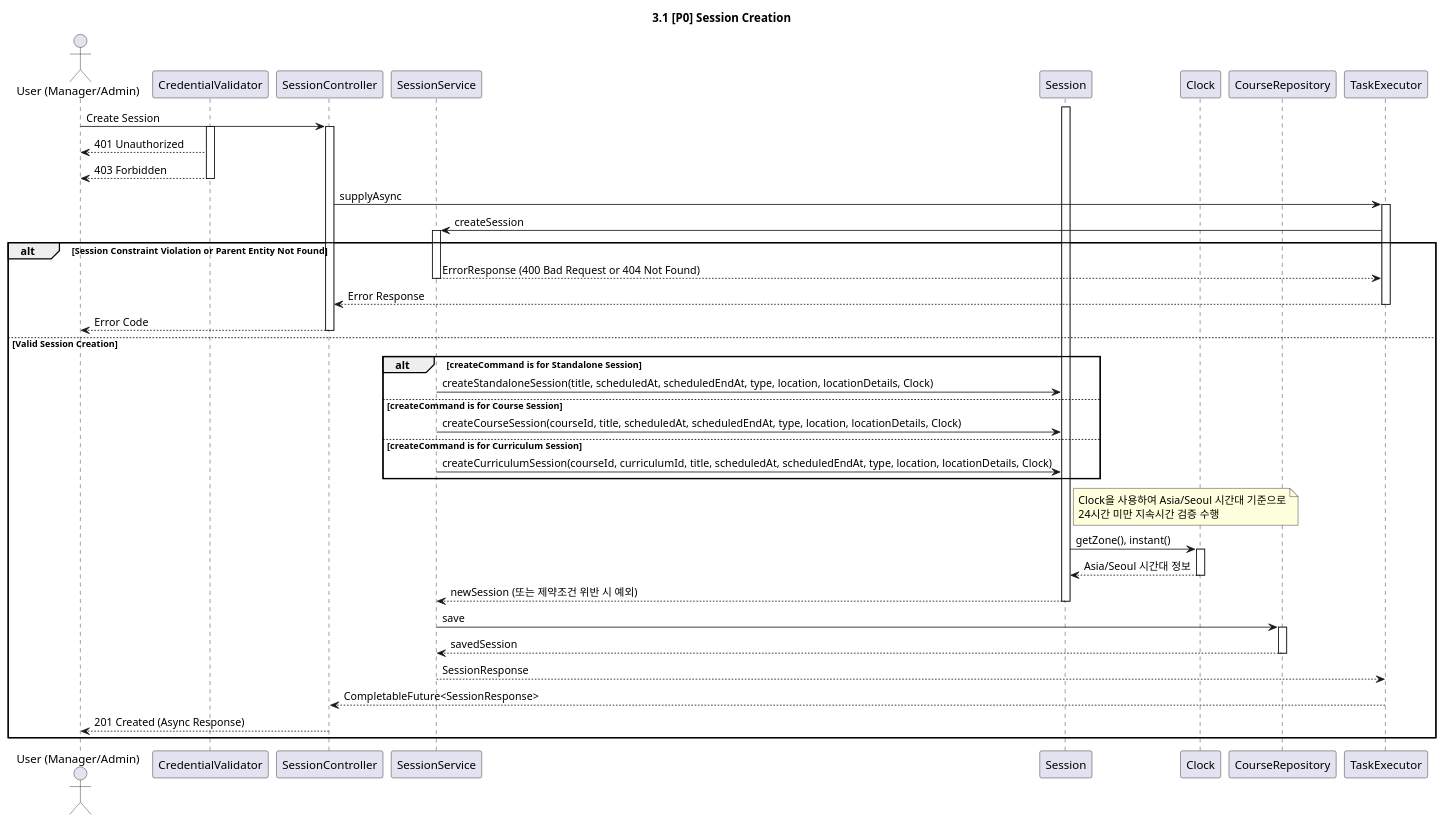
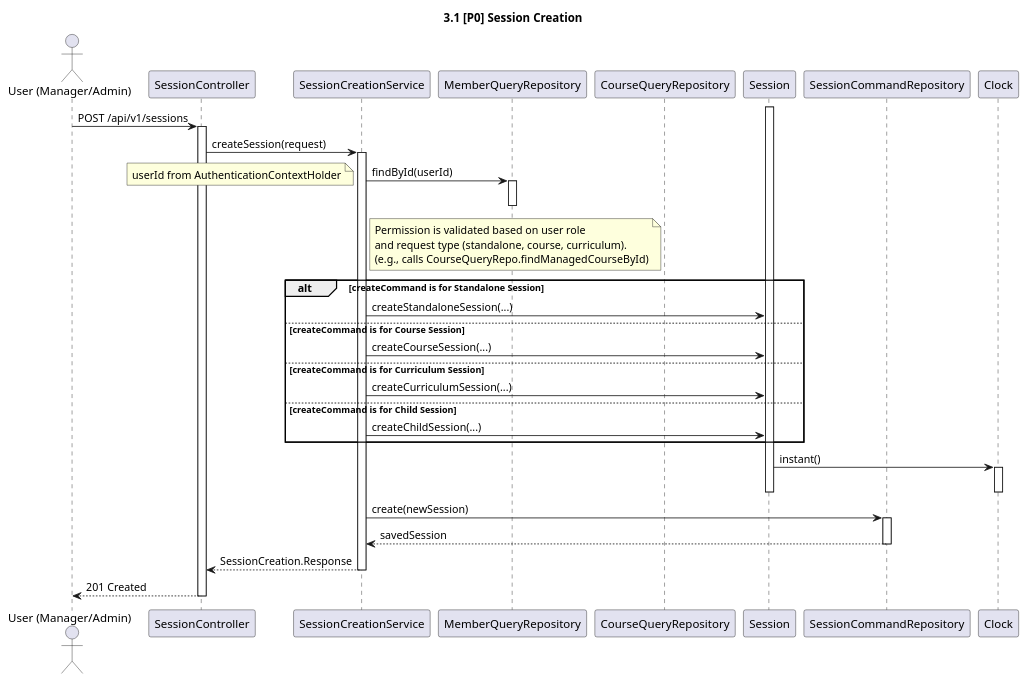
The diagram in docs/sequences/3.1_session_creation.puml (f-lab-edu/learning-manager), drawn with PlantUML before and after one commit. The commit also changed 49 other files, not shown here.

Commit message:
상태 변경 요청에 대한 CompletableFuture 제거 (#101)

```diff
--- a/docs/sequences/3.1_session_creation.puml
+++ b/docs/sequences/3.1_session_creation.puml
@@ -1,73 +1,59 @@
 @startuml
 
 title 3.1 [P0] Session Creation
 
 actor "User (Manager/Admin)" as User
-participant "CredentialValidator" as Validator
 participant "SessionController" as Controller
-participant "SessionService" as AppService
+participant "SessionCreationService" as AppService
+participant "MemberQueryRepository" as MemberQueryRepo
+participant "CourseQueryRepository" as CourseQueryRepo
 participant "Session" as SessionDomain
+participant "SessionCommandRepository" as CommandRepo
 participant "Clock" as Clock
-participant "CourseRepository" as Repository
-participant "TaskExecutor" as TaskExecutor
 
-User -> Controller: Create Session
-activate Validator
+User -> Controller: POST /api/v1/sessions
 activate Controller
-Validator --> User: 401 Unauthorized
-Validator --> User: 403 Forbidden
-deactivate Validator
 
-Controller -> TaskExecutor: supplyAsync
-activate TaskExecutor
+Controller -> AppService: createSession(request)
+activate AppService
 
-TaskExecutor -> AppService: createSession
-activate AppService
-alt Session Constraint Violation or Parent Entity Not Found
-    AppService --> TaskExecutor: ErrorResponse (400 Bad Request or 404 Not Found)
-    deactivate AppService
-    TaskExecutor --> Controller: Error Response
-    deactivate TaskExecutor
-    Controller --> User: Error Code
-    deactivate Controller
-else Valid Session Creation
+AppService -> MemberQueryRepo: findById(userId)
+note left: userId from AuthenticationContextHolder
+activate MemberQueryRepo
+deactivate MemberQueryRepo
+
+note right of AppService
+  Permission is validated based on user role
+  and request type (standalone, course, curriculum).
+  (e.g., calls CourseQueryRepo.findManagedCourseById)
+end note
 
 alt createCommand is for Standalone Session
-    AppService -> SessionDomain: createStandaloneSession(title, scheduledAt, scheduledEndAt, type, location, locationDetails, Clock)
+    AppService -> SessionDomain: createStandaloneSession(...)
 else createCommand is for Course Session
-    AppService -> SessionDomain: createCourseSession(courseId, title, scheduledAt, scheduledEndAt, type, location, locationDetails, Clock)
+    AppService -> SessionDomain: createCourseSession(...)
 else createCommand is for Curriculum Session
-    AppService -> SessionDomain: createCurriculumSession(courseId, curriculumId, title, scheduledAt, scheduledEndAt, type, location, locationDetails, Clock)
+    AppService -> SessionDomain: createCurriculumSession(...)
+else createCommand is for Child Session
+    AppService -> SessionDomain: createChildSession(...)
 end
 activate SessionDomain
 
-note right of SessionDomain
-  Clock을 사용하여 Asia/Seoul 시간대 기준으로
-  24시간 미만 지속시간 검증 수행
-end note
-
-SessionDomain -> Clock: getZone(), instant()
+SessionDomain -> Clock: instant()
 activate Clock
-Clock --> SessionDomain: Asia/Seoul 시간대 정보
 deactivate Clock
 
-SessionDomain --> AppService: newSession (또는 제약조건 위반 시 예외)
 deactivate SessionDomain
 
-AppService -> Repository: save
-activate Repository
-Repository --> AppService: savedSession
-deactivate Repository
+AppService -> CommandRepo: create(newSession)
+activate CommandRepo
+CommandRepo --> AppService: savedSession
+deactivate CommandRepo
 
-AppService --> TaskExecutor: SessionResponse
+AppService --> Controller: SessionCreation.Response
 deactivate AppService
 
-TaskExecutor --> Controller: CompletableFuture<SessionResponse>
-deactivate TaskExecutor
-
-Controller --> User: 201 Created (Async Response)
+Controller --> User: 201 Created
 deactivate Controller
 
-end
-
 @enduml
```
